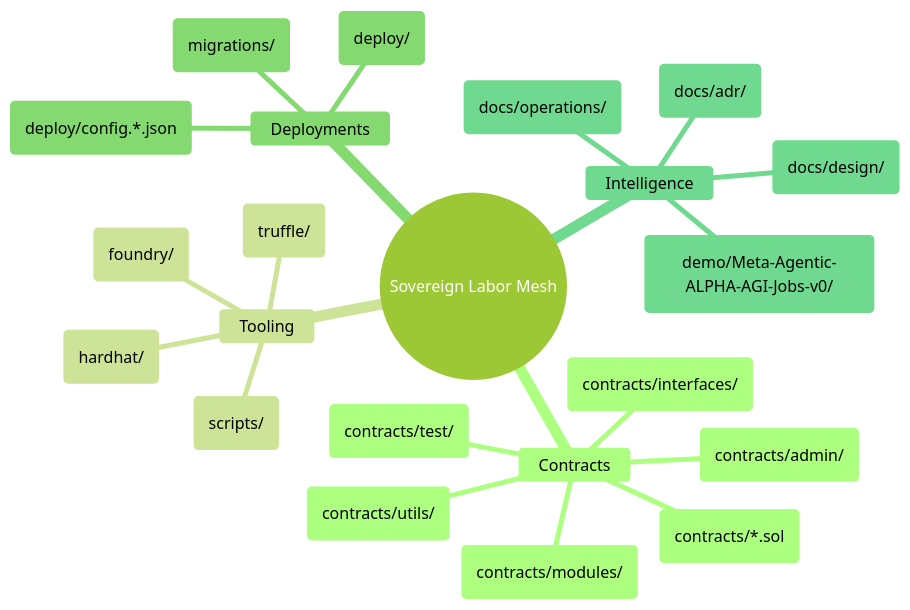
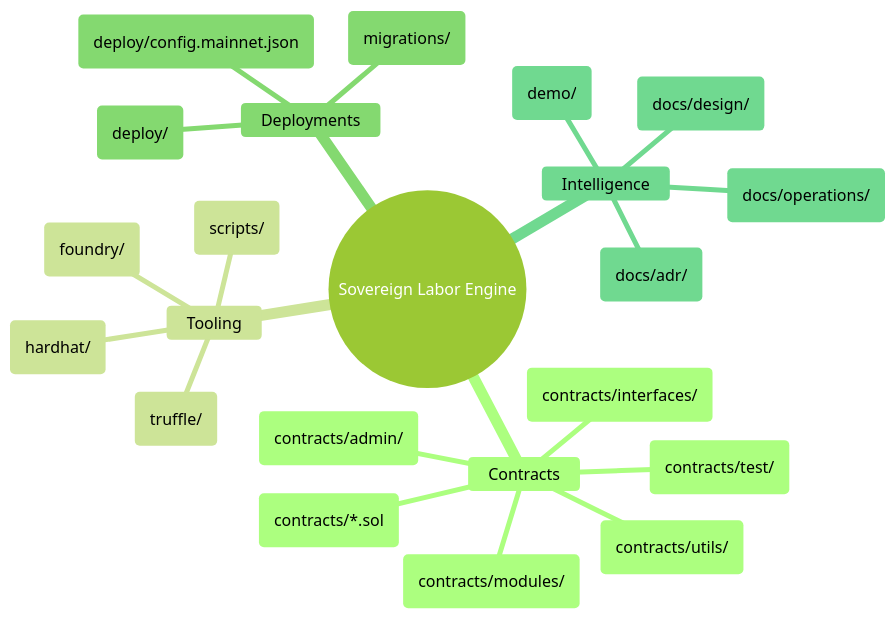
The second of 4 diagrams in README.md (MontrealAI/agijobs-sovereign-labor-v0p1), drawn with Mermaid (forest theme) before and after one commit. The commit also changed other lines of this file, not shown here.

Commit message:
Refresh sovereign README and document CI

````diff
--- a/README.md
+++ b/README.md
@@ -92,25 +97,25 @@
 ```mermaid
 mindmap
-  root((Sovereign Labor Mesh))
+  root((Sovereign Labor Engine))
     Contracts
       Core(contracts/*.sol)
       Modules(contracts/modules/)
       Admin(contracts/admin/)
       Interfaces(contracts/interfaces/)
       Utilities(contracts/utils/)
       Tests(contracts/test/)
     Tooling
       Truffle(truffle/)
       Hardhat(hardhat/)
       Foundry(foundry/)
       Scripts(scripts/)
     Deployments
-      Config(deploy/config.*.json)
+      Config(deploy/config.mainnet.json)
+      Autopilot(deploy/)
       Migrations(migrations/)
-      Autopilot(deploy/)
     Intelligence
       Design(docs/design/)
-      ADR(docs/adr/)
+      ADRs(docs/adr/)
       Operations(docs/operations/)
-      Demo(demo/Meta-Agentic-ALPHA-AGI-Jobs-v0/)
+      Demo(demo/)
 ```
````
